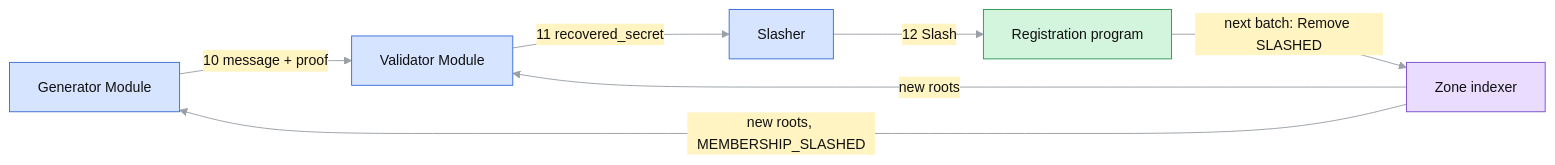
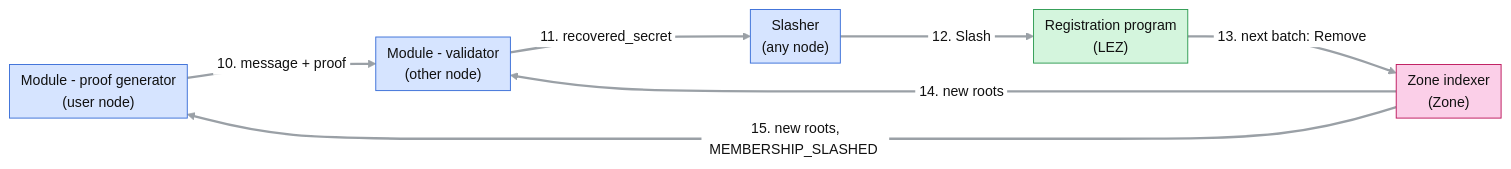
Before and after one commit to logos-co/logos-rln-membership-zone: the second of 5 diagrams in docs/rfc-rln-membership-zone.md, drawn with Mermaid. The commit also changed other lines of this file, not shown here.

````diff
--- a/docs/rfc-rln-membership-zone.md
+++ b/docs/rfc-rln-membership-zone.md
@@ -226,17 +196,18 @@
 ```mermaid
-%%{init: {"theme": "base", "flowchart": {"nodeSpacing": 40, "rankSpacing": 50}, "themeVariables": {"lineColor": "#9aa0a6", "primaryTextColor": "#111111", "edgeLabelBackground": "#fff4c2", "fontSize": "15px"}}}%%
+%%{init: {"theme": "base", "flowchart": {"nodeSpacing": 40, "rankSpacing": 55, "padding": 6}, "themeVariables": {"lineColor": "#9aa0a6", "primaryTextColor": "#111111", "edgeLabelBackground": "#ffffff", "fontSize": "15px"}, "themeCSS": "marker { overflow: visible; } .arrowMarkerPath { transform: scale(1.7); transform-origin: 5px 5px; } .edgeLabel, .edgeLabel p, .edgeLabel span { font-size: 12px; line-height: 1.2; }"}}%%
 flowchart LR
-    SND["Generator Module"] -->|"10 message + proof"| VAL["Validator Module"]
-    VAL -->|"11 recovered_secret"| SL["Slasher"]
-    SL -->|"12 Slash"| PROG["Registration program"]
-    PROG -->|"next batch: Remove SLASHED"| IDX["Zone indexer"]
-    IDX -->|"new roots"| VAL
-    IDX -->|"new roots, MEMBERSHIP_SLASHED"| SND
+    SND["Module - proof generator<br/>(user node)"] -->|"#nbsp;10. message + proof#nbsp;"| VAL["Module - validator<br/>(other node)"]
+    VAL -->|"#nbsp;11. recovered_secret#nbsp;"| SL["Slasher<br/>(any node)"]
+    SL -->|"#nbsp;12. Slash#nbsp;"| PROG["Registration program<br/>(LEZ)"]
+    PROG -->|"#nbsp;13. next batch: Remove#nbsp;"| IDX["Zone indexer<br/>(Zone)"]
+    IDX -->|"#nbsp;14. new roots#nbsp;"| VAL
+    IDX -->|"#nbsp;15. new roots, MEMBERSHIP_SLASHED#nbsp;"| SND
+    linkStyle default stroke-width:2.5px
 
     classDef user fill:#d6e4ff,stroke:#3b6fd8,color:#111111
     classDef lez fill:#d4f5dd,stroke:#2e9b52,color:#111111
-    classDef zone fill:#e9dcff,stroke:#7d4fd1,color:#111111
+    classDef zone fill:#fbcfe8,stroke:#be185d,color:#111111
     class SND,VAL,SL user
     class PROG lez
     class IDX zone
 ```
````
